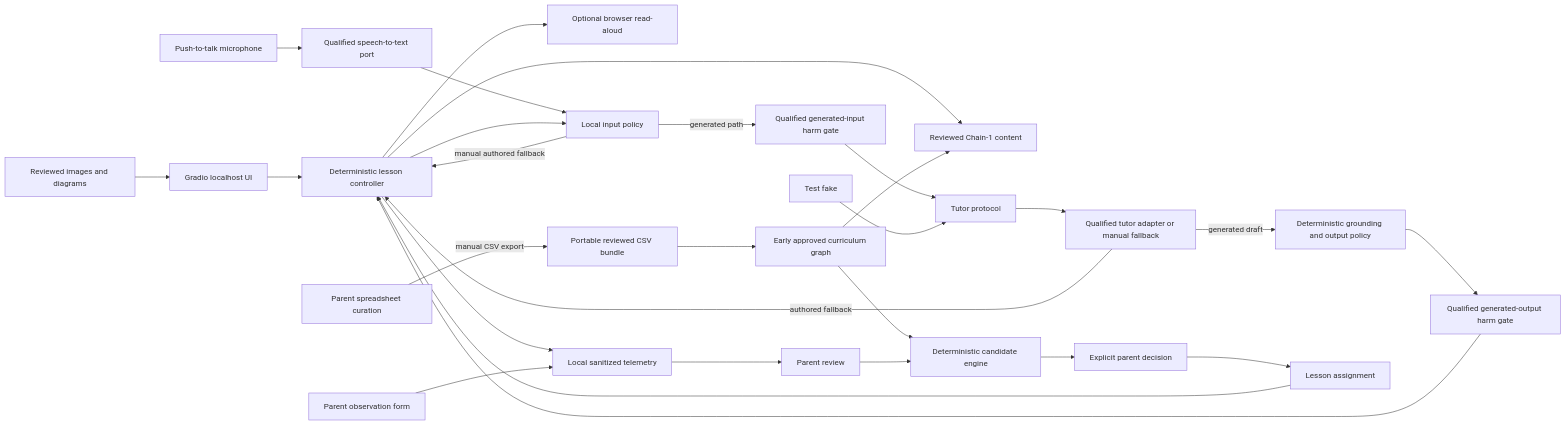
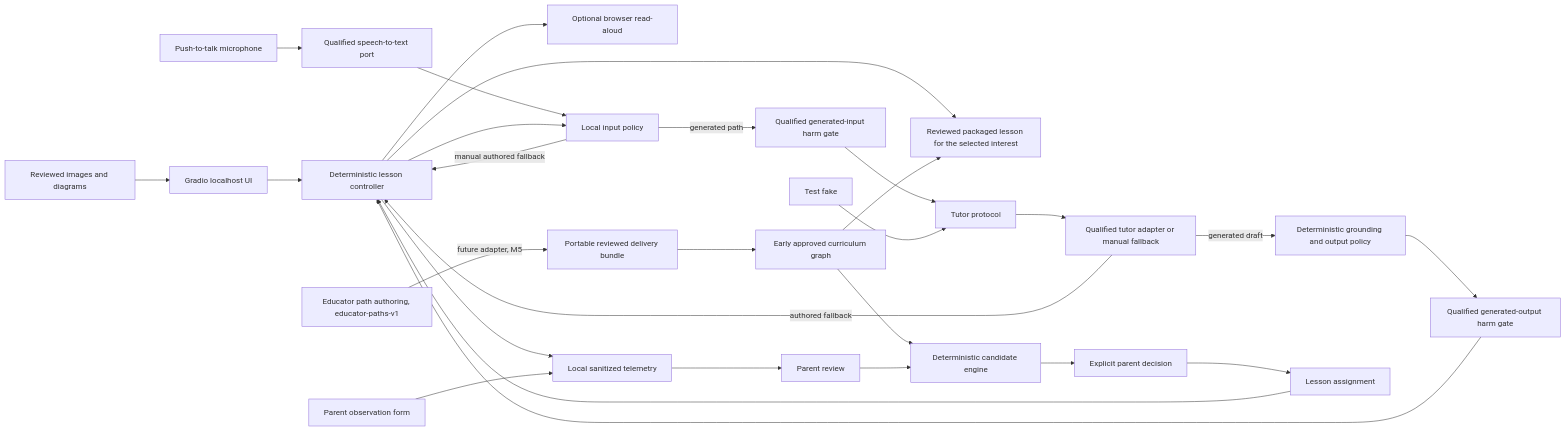
The second of 2 diagrams in plans/cursor_master_plan.plan.md (torenunez/lerni), drawn with Mermaid before and after one commit. The commit also changed other lines of this file and 36 other files, not shown here.

First line of the commit message:
Add educator-paths-v1 authoring contract and adopt revised product docs

````diff
--- a/plans/cursor_master_plan.plan.md
+++ b/plans/cursor_master_plan.plan.md
@@ -172,30 +209,30 @@
 ```mermaid
 flowchart LR
     GradioUI[Gradio localhost UI] --> SessionController[Deterministic lesson controller]
     CuratedVisuals[Reviewed images and diagrams] --> GradioUI
     SessionController --> BrowserSpeech[Optional browser read-aloud]
     Microphone[Push-to-talk microphone] --> STTPort[Qualified speech-to-text port]
     STTPort --> InputGate
-    SessionController --> Chain1[Reviewed Chain-1 content]
+    SessionController --> Chain1[Reviewed packaged lesson for the selected interest]
     SessionController --> InputGate[Local input policy]
     InputGate -->|"generated path"| InputHarmGate[Qualified generated-input harm gate]
     InputGate -->|"manual authored fallback"| SessionController
     InputHarmGate --> TutorPort[Tutor protocol]
     TutorPort --> TutorAdapter[Qualified tutor adapter or manual fallback]
     TutorAdapter -->|"generated draft"| OutputGate[Deterministic grounding and output policy]
     TutorAdapter -->|"authored fallback"| SessionController
     OutputGate --> OutputHarmGate[Qualified generated-output harm gate]
     OutputHarmGate --> SessionController
     SessionController --> ExploreStore[Local sanitized telemetry]
     ParentNotes[Parent observation form] --> ExploreStore
     FakeTutor[Test fake] --> TutorPort
-    ParentSheet[Parent spreadsheet curation] -->|"manual CSV export"| CsvBundle[Portable reviewed CSV bundle]
+    ParentSheet[Educator path authoring, educator-paths-v1] -->|"future adapter, M5"| CsvBundle[Portable reviewed delivery bundle]
     CsvBundle --> CurriculumGraph[Early approved curriculum graph]
     CurriculumGraph --> Chain1
     ExploreStore --> ParentReview[Parent review]
     CurriculumGraph --> CandidateEngine[Deterministic candidate engine]
     ParentReview --> CandidateEngine
     CandidateEngine --> ParentDecision[Explicit parent decision]
     ParentDecision --> Assignment[Lesson assignment]
     Assignment --> SessionController
 ```
````
